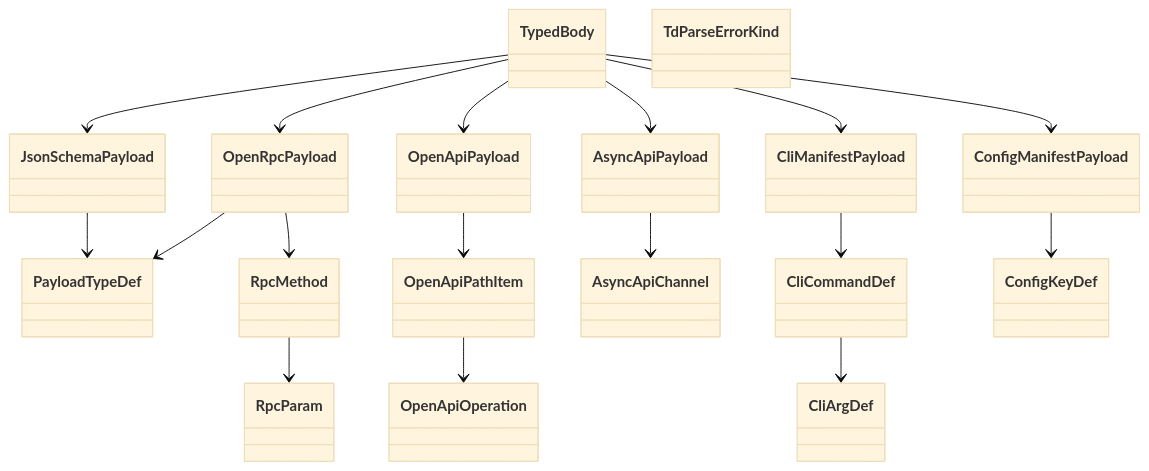
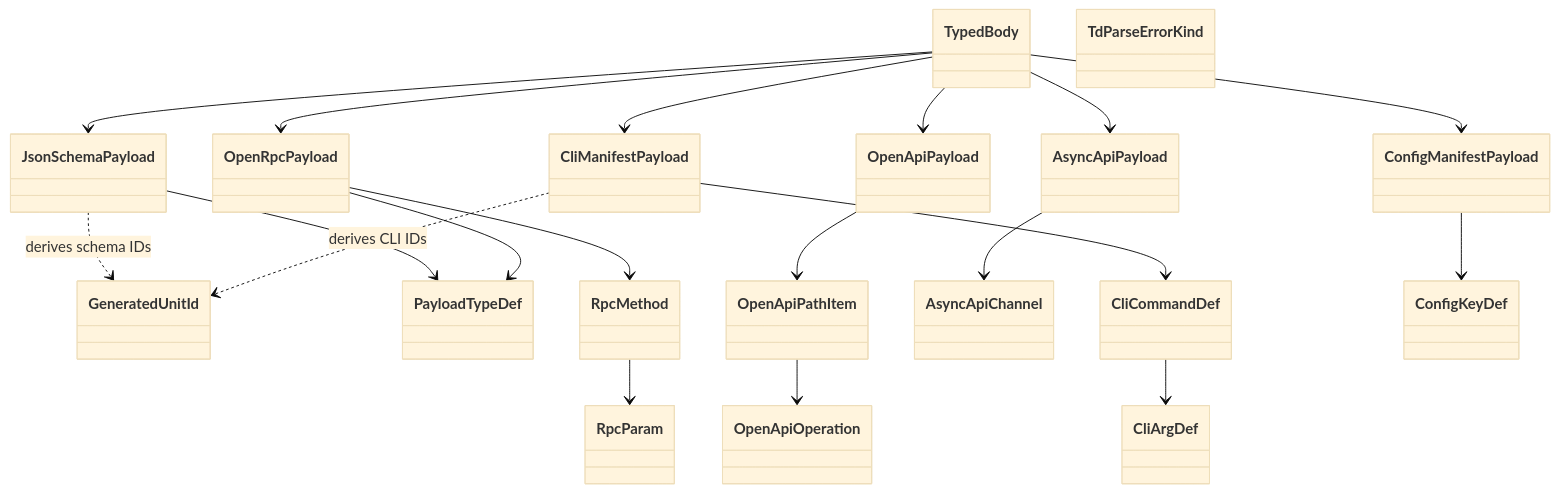
Before and after one commit to chrischeng-c4/axiom: the diagram in apps/agentic-workflow/tech-design/core/interfaces/td_ast/payloads.md, drawn with Mermaid (base theme). The commit also changed other lines of this file and 16 other files, not shown here.

````diff
--- a/apps/agentic-workflow/tech-design/core/interfaces/td_ast/payloads.md
+++ b/apps/agentic-workflow/tech-design/core/interfaces/td_ast/payloads.md
@@ -561,74 +573,80 @@
 ```mermaid
 ---
 id: sdd-td-ast-payloads-graph
 types:
   TypedBody:        { kind: enum }
   JsonSchemaPayload: { kind: struct }
   OpenRpcPayload:   { kind: struct }
   OpenApiPayload:   { kind: struct }
   AsyncApiPayload:  { kind: struct }
   CliManifestPayload: { kind: struct }
   ConfigManifestPayload: { kind: struct }
+  GeneratedUnitId:   { kind: struct }
   PayloadTypeDef:   { kind: struct }
   RpcMethod:        { kind: struct }
   RpcParam:         { kind: struct }
   OpenApiPathItem:  { kind: struct }
   OpenApiOperation: { kind: struct }
   AsyncApiChannel:  { kind: struct }
   CliCommandDef:    { kind: struct }
   CliArgDef:        { kind: struct }
   ConfigKeyDef:     { kind: struct }
   TdParseErrorKind: { kind: enum }
 edges:
   - { from: TypedBody, to: JsonSchemaPayload, kind: owns, label: "JsonSchema variant" }
   - { from: TypedBody, to: OpenRpcPayload, kind: owns, label: "OpenRpc variant" }
   - { from: TypedBody, to: OpenApiPayload, kind: owns, label: "OpenApi variant" }
   - { from: TypedBody, to: AsyncApiPayload, kind: owns, label: "AsyncApi variant" }
   - { from: TypedBody, to: CliManifestPayload, kind: owns, label: "CliManifest variant" }
   - { from: TypedBody, to: ConfigManifestPayload, kind: owns, label: "ConfigManifest variant" }
   - { from: JsonSchemaPayload, to: PayloadTypeDef, kind: owns, label: "definitions" }
+  - { from: JsonSchemaPayload, to: GeneratedUnitId, kind: derives, label: "schema:<name>" }
   - { from: OpenRpcPayload, to: RpcMethod, kind: owns, label: "methods" }
   - { from: OpenRpcPayload, to: PayloadTypeDef, kind: owns, label: "components.schemas" }
   - { from: RpcMethod, to: RpcParam, kind: owns, label: "params" }
   - { from: OpenApiPayload, to: OpenApiPathItem, kind: owns, label: "paths" }
   - { from: OpenApiPathItem, to: OpenApiOperation, kind: owns, label: "verbs" }
   - { from: AsyncApiPayload, to: AsyncApiChannel, kind: owns, label: "channels" }
   - { from: CliManifestPayload, to: CliCommandDef, kind: owns, label: "commands" }
+  - { from: CliManifestPayload, to: GeneratedUnitId, kind: derives, label: "cli:<name>" }
   - { from: CliCommandDef, to: CliArgDef, kind: owns, label: "args/flags" }
   - { from: ConfigManifestPayload, to: ConfigKeyDef, kind: owns, label: "keys" }
 ---
 classDiagram
     class TypedBody
     class JsonSchemaPayload
     class OpenRpcPayload
     class OpenApiPayload
     class AsyncApiPayload
     class CliManifestPayload
     class ConfigManifestPayload
+    class GeneratedUnitId
     class PayloadTypeDef
     class RpcMethod
     class RpcParam
     class OpenApiPathItem
     class OpenApiOperation
     class AsyncApiChannel
     class CliCommandDef
     class CliArgDef
     class ConfigKeyDef
     class TdParseErrorKind
     TypedBody --> JsonSchemaPayload
     TypedBody --> OpenRpcPayload
     TypedBody --> OpenApiPayload
     TypedBody --> AsyncApiPayload
     TypedBody --> CliManifestPayload
     TypedBody --> ConfigManifestPayload
     JsonSchemaPayload --> PayloadTypeDef
+    JsonSchemaPayload ..> GeneratedUnitId : derives schema IDs
     OpenRpcPayload --> RpcMethod
     OpenRpcPayload --> PayloadTypeDef
     RpcMethod --> RpcParam
     OpenApiPayload --> OpenApiPathItem
     OpenApiPathItem --> OpenApiOperation
     AsyncApiPayload --> AsyncApiChannel
     CliManifestPayload --> CliCommandDef
+    CliManifestPayload ..> GeneratedUnitId : derives CLI IDs
     CliCommandDef --> CliArgDef
     ConfigManifestPayload --> ConfigKeyDef
 ```
````
